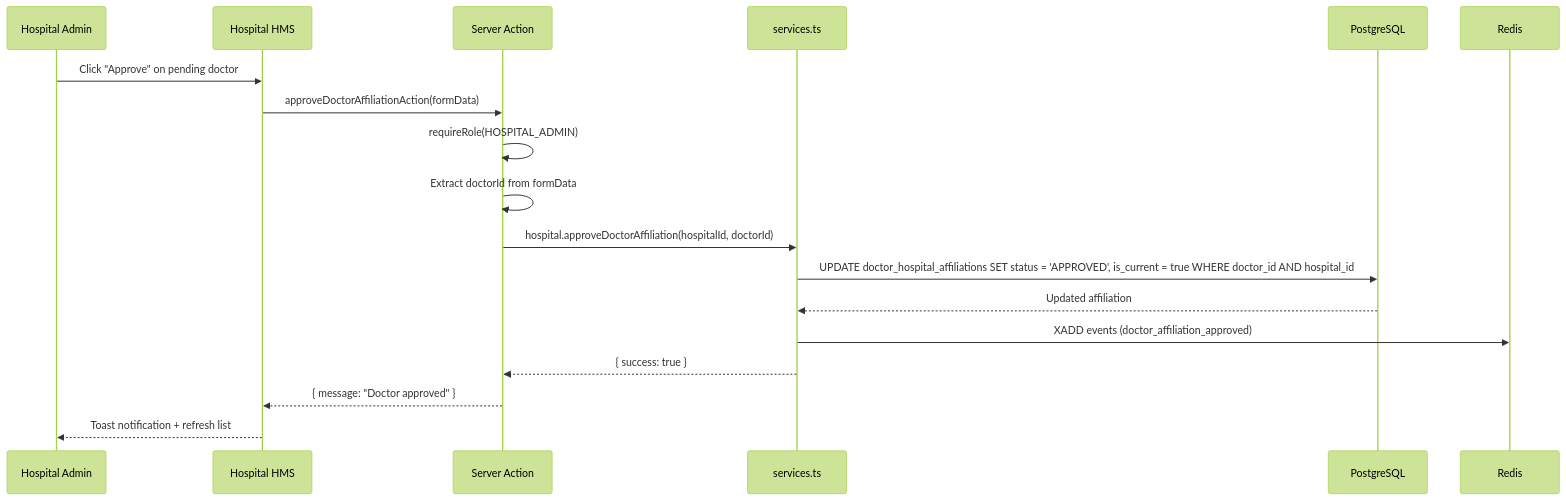
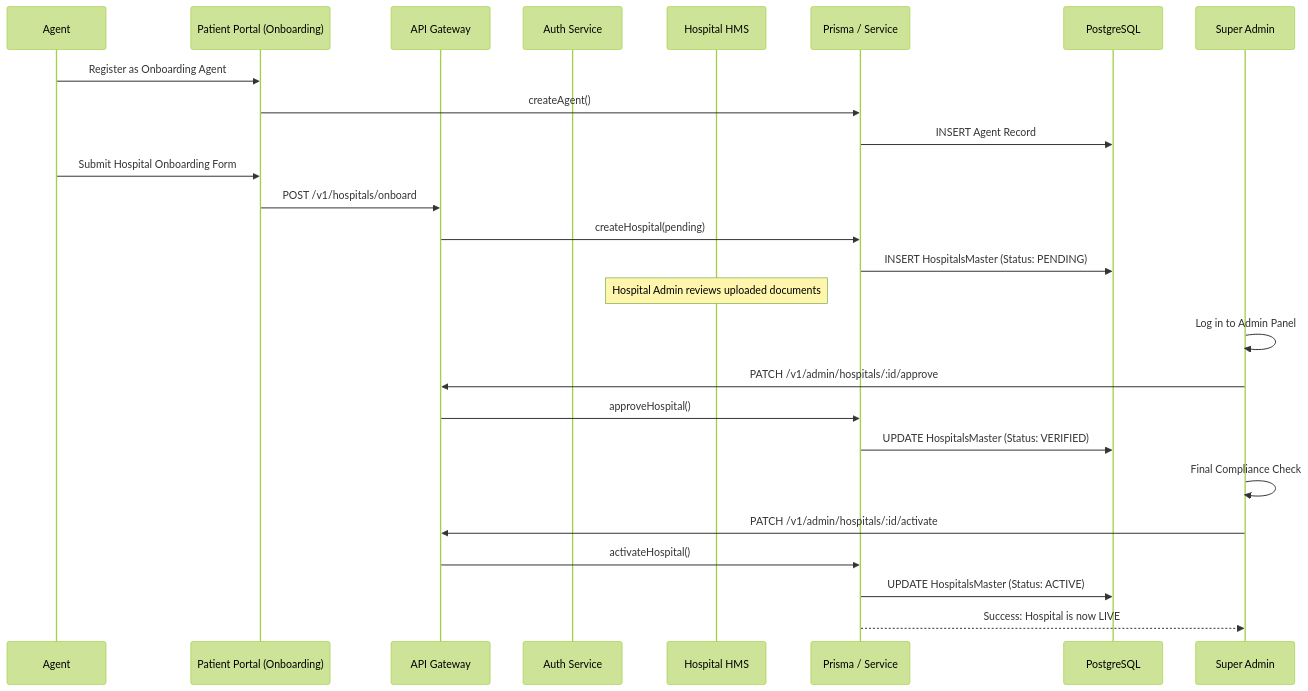
The third of 4 diagrams in docs/architecture/README.md (hemanthprince64-coder/Haspataal), drawn with Mermaid (forest theme) before and after one commit. The commit also changed other lines of this file and 30 other files, not shown here.

````diff
--- a/docs/architecture/README.md
+++ b/docs/architecture/README.md
@@ -191,23 +101,33 @@
 ```mermaid
 sequenceDiagram
-    participant HA as Hospital Admin
+    participant AG as Agent
+    participant PG as Patient Portal (Onboarding)
+    participant GW as API Gateway
+    participant AS as Auth Service
     participant HMS as Hospital HMS
-    participant SA as Server Action
-    participant SVC as services.ts
+    participant PR as Prisma / Service
     participant DB as PostgreSQL
-    participant RD as Redis
 
-    HA->>HMS: Click "Approve" on pending doctor
-    HMS->>SA: approveDoctorAffiliationAction(formData)
-    SA->>SA: requireRole(HOSPITAL_ADMIN)
-    SA->>SA: Extract doctorId from formData
-
-    SA->>SVC: hospital.approveDoctorAffiliation(hospitalId, doctorId)
-    SVC->>DB: UPDATE doctor_hospital_affiliations SET status = 'APPROVED', is_current = true WHERE doctor_id AND hospital_id
-    DB-->>SVC: Updated affiliation
-
-    SVC->>RD: XADD events (doctor_affiliation_approved)
-    SVC-->>SA: { success: true }
-    SA-->>HMS: { message: "Doctor approved" }
-    HMS-->>HA: Toast notification + refresh list
+    AG->>PG: Register as Onboarding Agent
+    PG->>PR: createAgent()
+    PR->>DB: INSERT Agent Record
+    AG->>PG: Submit Hospital Onboarding Form
+    PG->>GW: POST /v1/hospitals/onboard
+    GW->>PR: createHospital(pending)
+    PR->>DB: INSERT HospitalsMaster (Status: PENDING)
+    
+    note over HMS: Hospital Admin reviews uploaded documents
+    
+    participant SA as Super Admin
+    SA->>SA: Log in to Admin Panel
+    SA->>GW: PATCH /v1/admin/hospitals/:id/approve
+    GW->>PR: approveHospital()
+    PR->>DB: UPDATE HospitalsMaster (Status: VERIFIED)
+    
+    SA->>SA: Final Compliance Check
+    SA->>GW: PATCH /v1/admin/hospitals/:id/activate
+    GW->>PR: activateHospital()
+    PR->>DB: UPDATE HospitalsMaster (Status: ACTIVE)
+    
+    PR-->>SA: Success: Hospital is now LIVE
 ```
````
